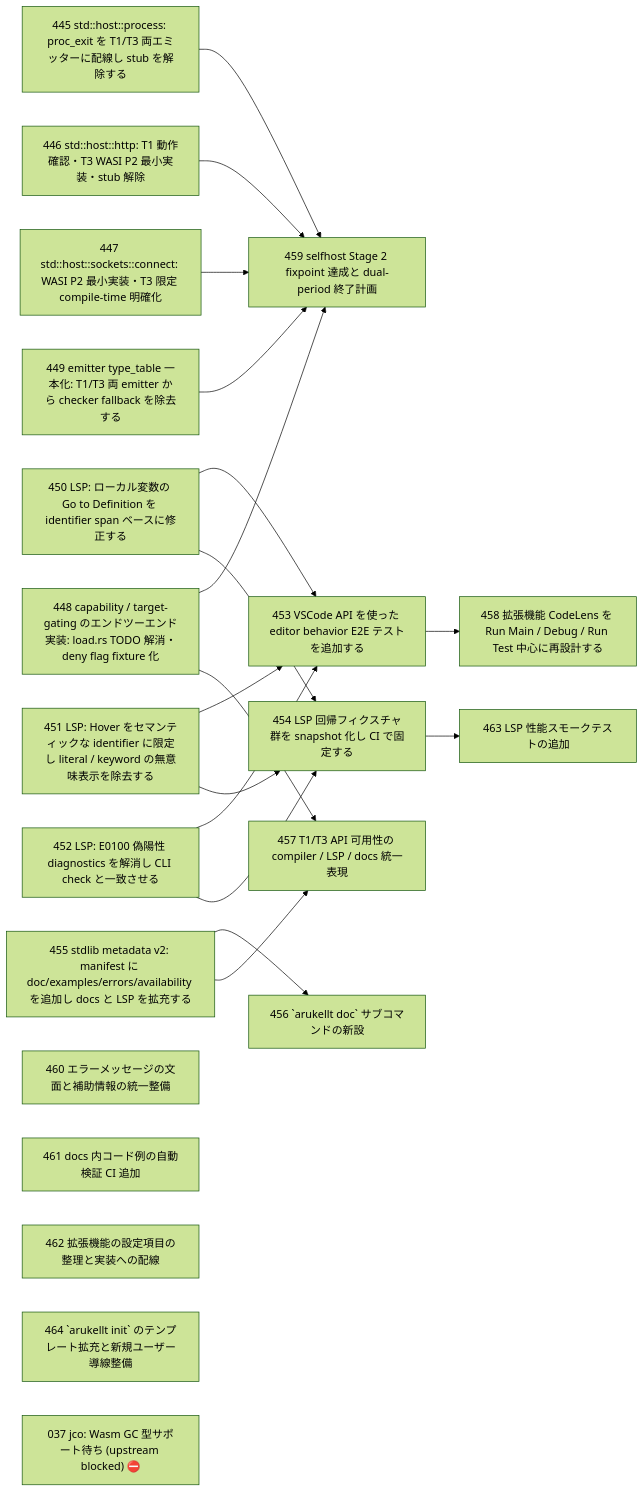
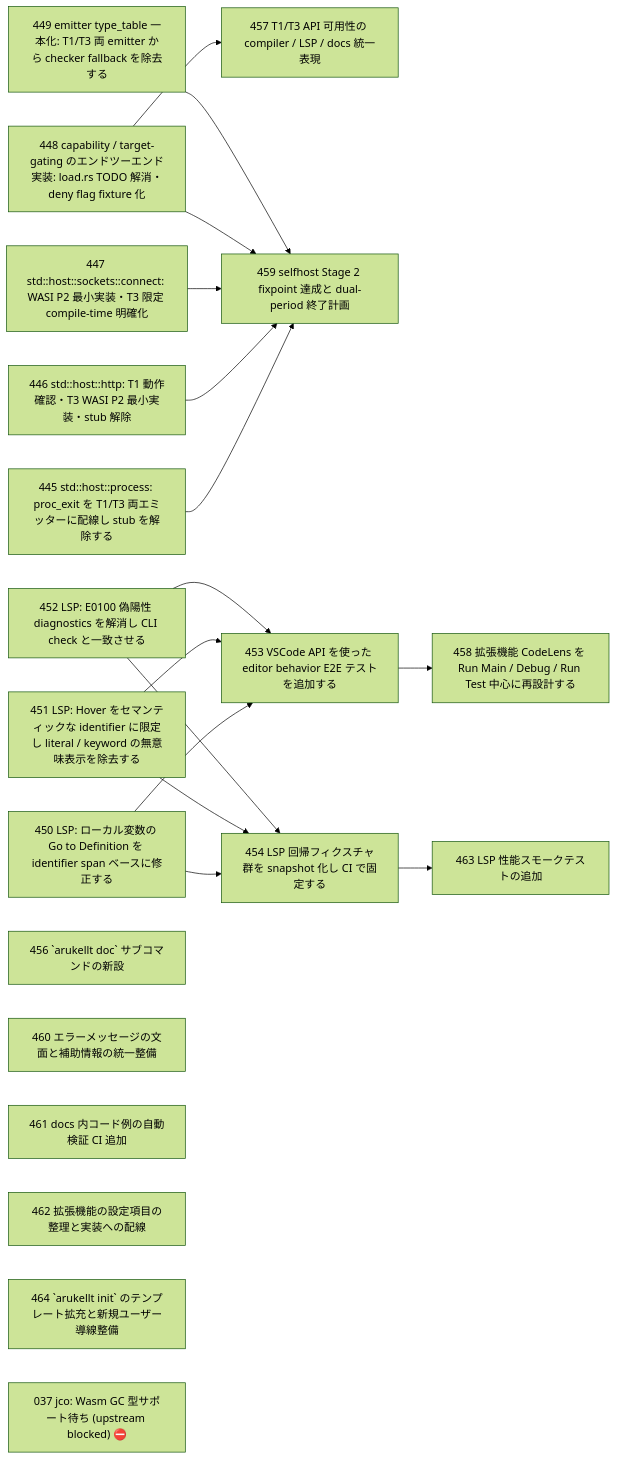
Before and after one commit to wogikaze/arukellt: the diagram in issues/open/dependency-graph.md, drawn with Mermaid (forest theme). The commit also changed other lines of this file and 3 other files, not shown here.

First line of the commit message:
close #455: stdlib metadata v2 complete

````diff
--- a/issues/open/dependency-graph.md
+++ b/issues/open/dependency-graph.md
@@ -7,40 +7,37 @@
 ```mermaid
 graph LR
   I445["445 std::host::process: proc_exit を T1/T3 両エミッターに配線し stub を解除する"]
   I446["446 std::host::http: T1 動作確認・T3 WASI P2 最小実装・stub 解除"]
   I447["447 std::host::sockets::connect: WASI P2 最小実装・T3 限定 compile-time 明確化"]
   I448["448 capability / target-gating のエンドツーエンド実装: load.rs TODO 解消・deny flag fixture 化"]
   I449["449 emitter type_table 一本化: T1/T3 両 emitter から checker fallback を除去する"]
   I450["450 LSP: ローカル変数の Go to Definition を identifier span ベースに修正する"]
   I451["451 LSP: Hover をセマンティックな identifier に限定し literal / keyword の無意味表示を除去する"]
   I452["452 LSP: E0100 偽陽性 diagnostics を解消し CLI check と一致させる"]
-  I455["455 stdlib metadata v2: manifest に doc/examples/errors/availability を追加し docs と LSP を拡充する"]
+  I456["456 `arukellt doc` サブコマンドの新設"]
   I460["460 エラーメッセージの文面と補助情報の統一整備"]
   I461["461 docs 内コード例の自動検証 CI 追加"]
   I462["462 拡張機能の設定項目の整理と実装への配線"]
   I464["464 `arukellt init` のテンプレート拡充と新規ユーザー導線整備"]
+  I457["457 T1/T3 API 可用性の compiler / LSP / docs 統一表現"]
   I459["459 selfhost Stage 2 fixpoint 達成と dual-period 終了計画"]
   I453["453 VSCode API を使った editor behavior E2E テストを追加する"]
   I454["454 LSP 回帰フィクスチャ群を snapshot 化し CI で固定する"]
-  I456["456 `arukellt doc` サブコマンドの新設"]
-  I457["457 T1/T3 API 可用性の compiler / LSP / docs 統一表現"]
   I458["458 拡張機能 CodeLens を Run Main / Debug / Run Test 中心に再設計する"]
   I463["463 LSP 性能スモークテストの追加"]
   I037["037 jco: Wasm GC 型サポート待ち (upstream blocked) ⛔"]
+  I448 --> I457
   I445 --> I459
   I446 --> I459
   I447 --> I459
   I448 --> I459
   I449 --> I459
   I450 --> I453
   I451 --> I453
   I452 --> I453
   I450 --> I454
   I451 --> I454
   I452 --> I454
-  I455 --> I456
-  I448 --> I457
-  I455 --> I457
   I453 --> I458
   I454 --> I463
 ```
````
